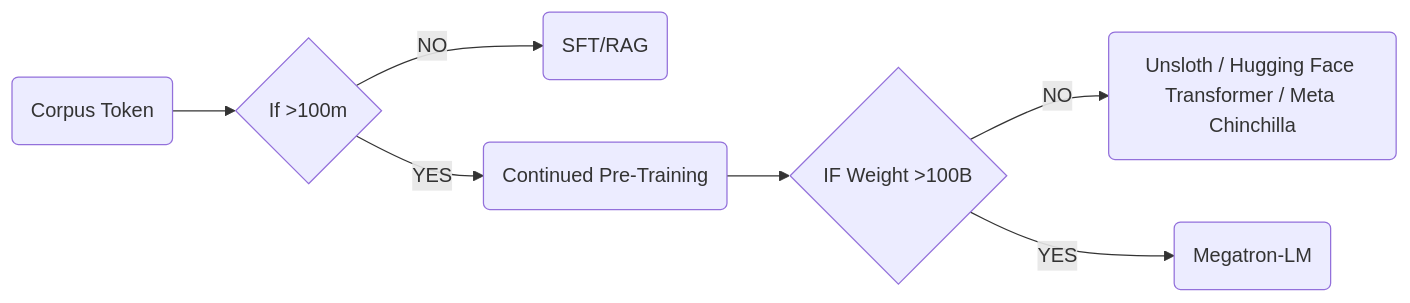
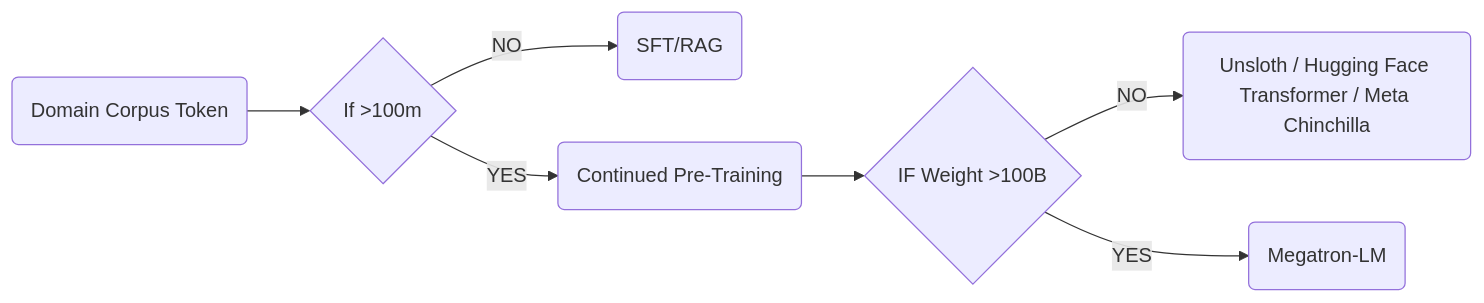
Before and after one commit to ChrisZhu2050/chriszhu2050.github.io: the diagram in docs/llm-fine-tune-cpt.md, drawn with Mermaid.

````diff
--- a/docs/llm-fine-tune-cpt.md
+++ b/docs/llm-fine-tune-cpt.md
@@ -7,9 +7,9 @@
     ```mermaid
             graph LR
-                A("`Corpus Token
+                A("`Domain Corpus Token
                 `") --> C{"`If >100m
                 `"}--NO-->D(SFT/RAG)
                 C--YES-->E(Continued Pre-Training)-->F{IF Weight >100B}--NO-->G(Unsloth / Hugging Face Transformer / Meta Chinchilla)
                 F--YES-->H(Megatron-LM)
                 
     ```
````
